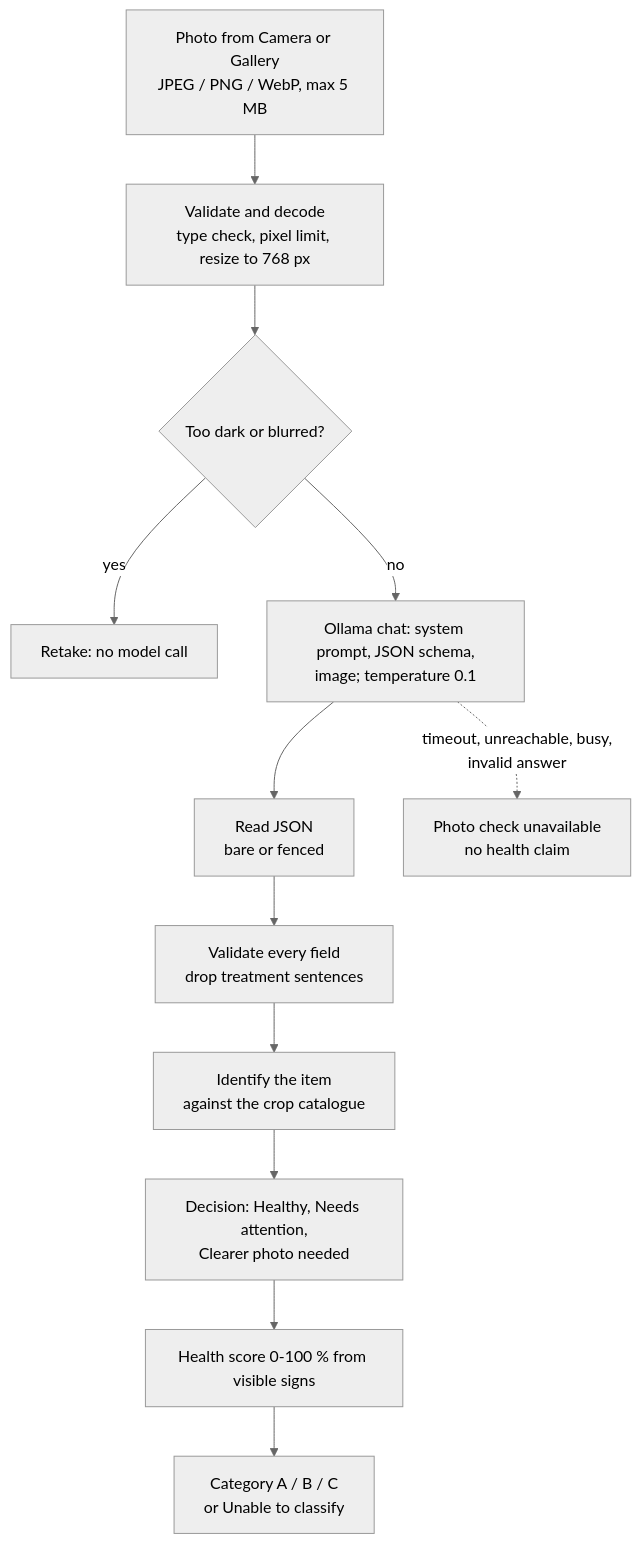
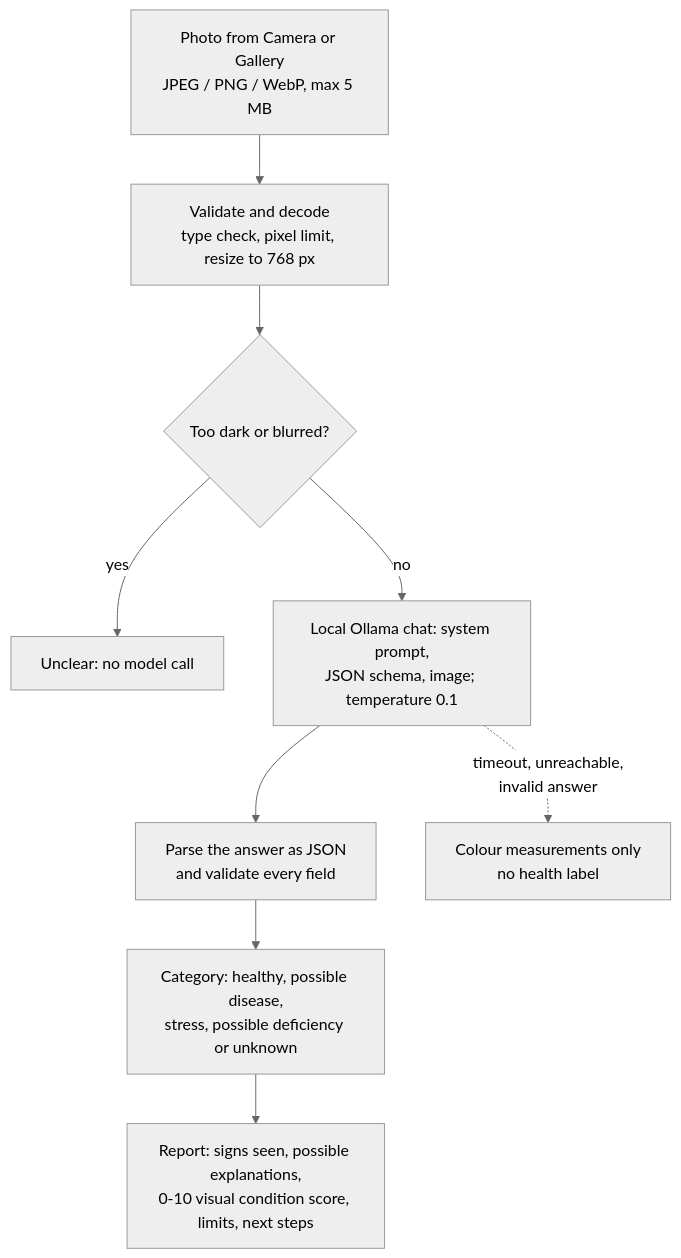
One commit to Srinivasabl11/harvestique changed the third of 3 diagrams in README.md. Above: the diagram before and after it, drawn with Mermaid (neutral theme). The commit also changed other lines of this file and 1 other file, not shown here.

Commit message:
docs: describe main accurately in README and label deployment-branch features

````diff
--- a/README.md
+++ b/README.md
@@ -235,14 +253,11 @@
 ```mermaid
 flowchart TD
     U["Photo from Camera or Gallery<br/>JPEG / PNG / WebP, max 5 MB"] --> V["Validate and decode<br/>type check, pixel limit, resize to 768 px"]
     V --> W{"Too dark or blurred?"}
-    W -- "yes" --> X["Retake: no model call"]
-    W -- "no" --> Y["Ollama chat: system prompt, JSON schema,<br/>image; temperature 0.1"]
-    Y --> Z["Read JSON<br/>bare or fenced"]
-    Z --> AA["Validate every field<br/>drop treatment sentences"]
-    Y -. "timeout, unreachable, busy,<br/>invalid answer" .-> AB["Photo check unavailable<br/>no health claim"]
-    AA --> AC["Identify the item<br/>against the crop catalogue"]
-    AC --> AD["Decision: Healthy, Needs attention,<br/>Clearer photo needed"]
-    AD --> AE["Health score 0-100 % from visible signs"]
-    AE --> AF["Category A / B / C<br/>or Unable to classify"]
+    W -- "yes" --> X["Unclear: no model call"]
+    W -- "no" --> Y["Local Ollama chat: system prompt,<br/>JSON schema, image; temperature 0.1"]
+    Y --> Z["Parse the answer as JSON<br/>and validate every field"]
+    Y -. "timeout, unreachable,<br/>invalid answer" .-> AB["Colour measurements only<br/>no health label"]
+    Z --> AD["Category: healthy, possible disease,<br/>stress, possible deficiency or unknown"]
+    AD --> AE["Report: signs seen, possible explanations,<br/>0-10 visual condition score, limits, next steps"]
 ```
````
